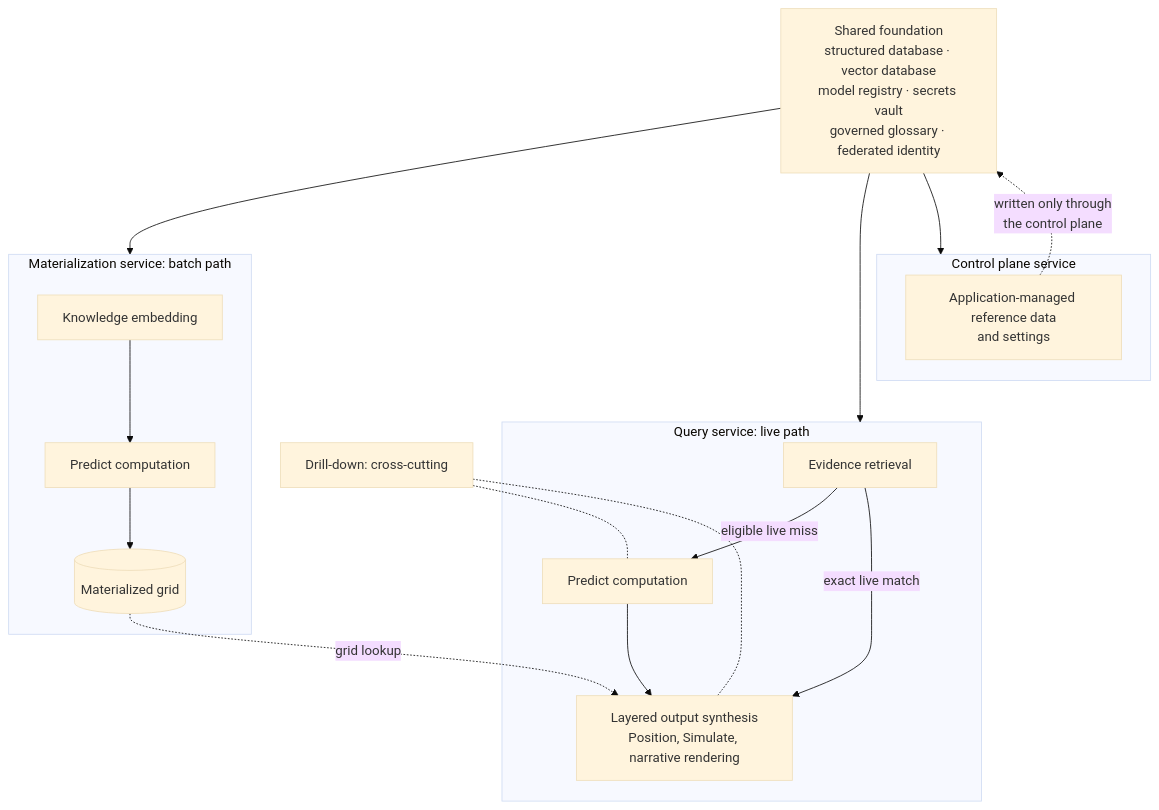
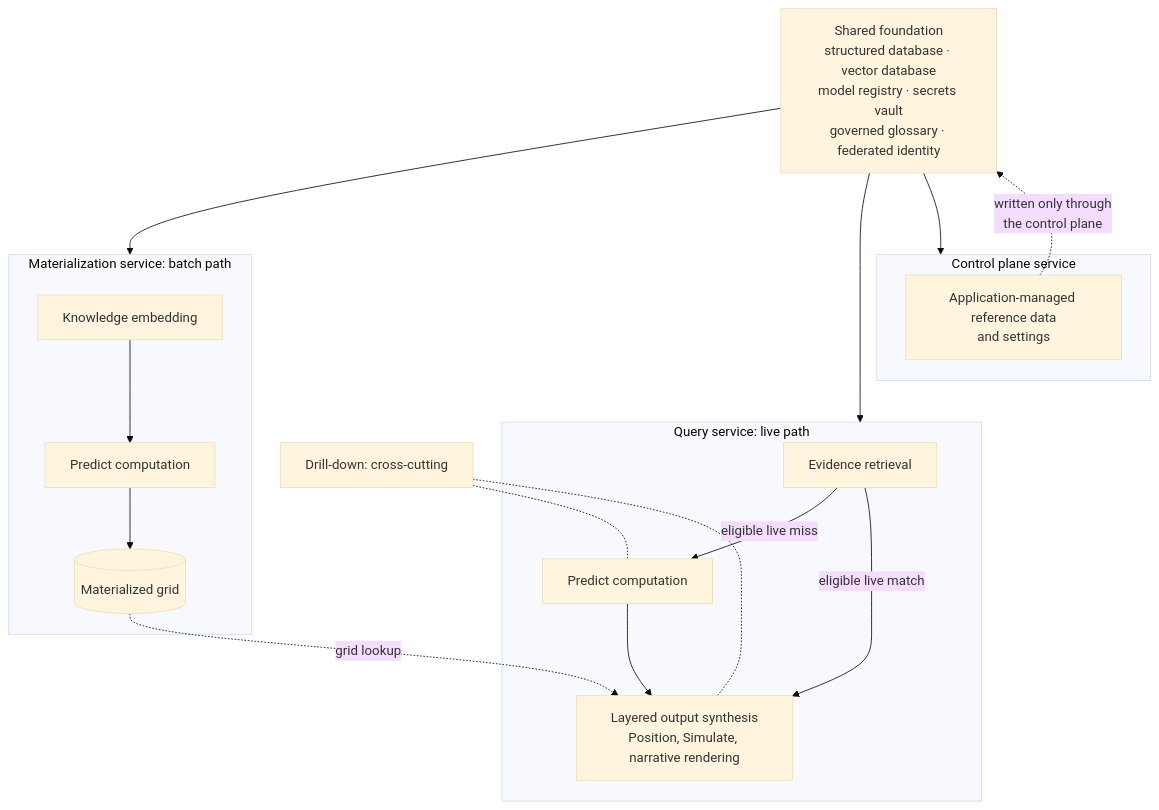
The first of 5 diagrams in specs/application/technical/architecture.md (billy-atkins/price-horizon), drawn with Mermaid (base theme) before and after one commit. The commit also changed other lines of this file and 14 other files, not shown here.

````diff
--- a/specs/application/technical/architecture.md
+++ b/specs/application/technical/architecture.md
@@ -59,37 +59,37 @@
 ```mermaid
 ---
 config:
   layout: dagre
 ---
 flowchart TD
     FOUND["Shared foundation<br/>structured database · vector database<br/>model registry · secrets vault<br/>governed glossary · federated identity"]
 
     subgraph Materialization["Materialization service: batch path"]
         KE["Knowledge embedding"]
         PCN["Predict computation"]
         GRID[("Materialized grid")]
         KE --> PCN --> GRID
     end
 
     subgraph QueryService["Query service: live path"]
         RET["Evidence retrieval"]
         PCL["Predict computation"]
         LOS["Layered output synthesis<br/>Position, Simulate, narrative rendering"]
         RET -->|"eligible live miss"| PCL --> LOS
-        RET -->|"exact live match"| LOS
+        RET -->|"eligible live match"| LOS
     end
 
     subgraph ControlPlane["Control plane service"]
         CFG["Application-managed reference data<br/>and settings"]
     end
 
     DRILL["Drill-down: cross-cutting"]
 
     FOUND --> Materialization
     FOUND --> QueryService
     FOUND --> ControlPlane
     CFG -. "written only through<br/>the control plane" .-> FOUND
     GRID -. "grid lookup" .-> LOS
     DRILL -.- PCL
     DRILL -.- LOS
 ```
````
